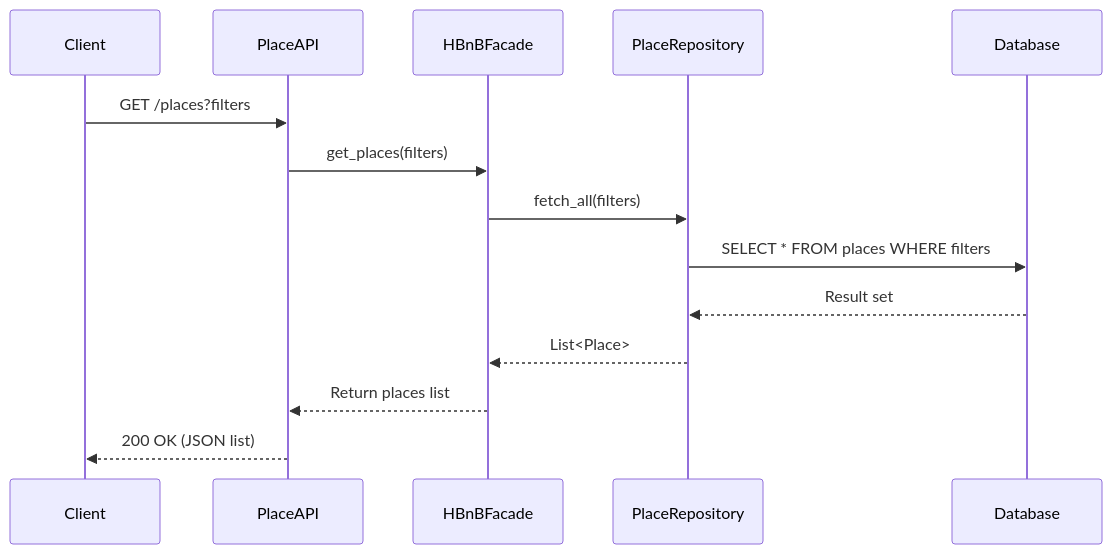
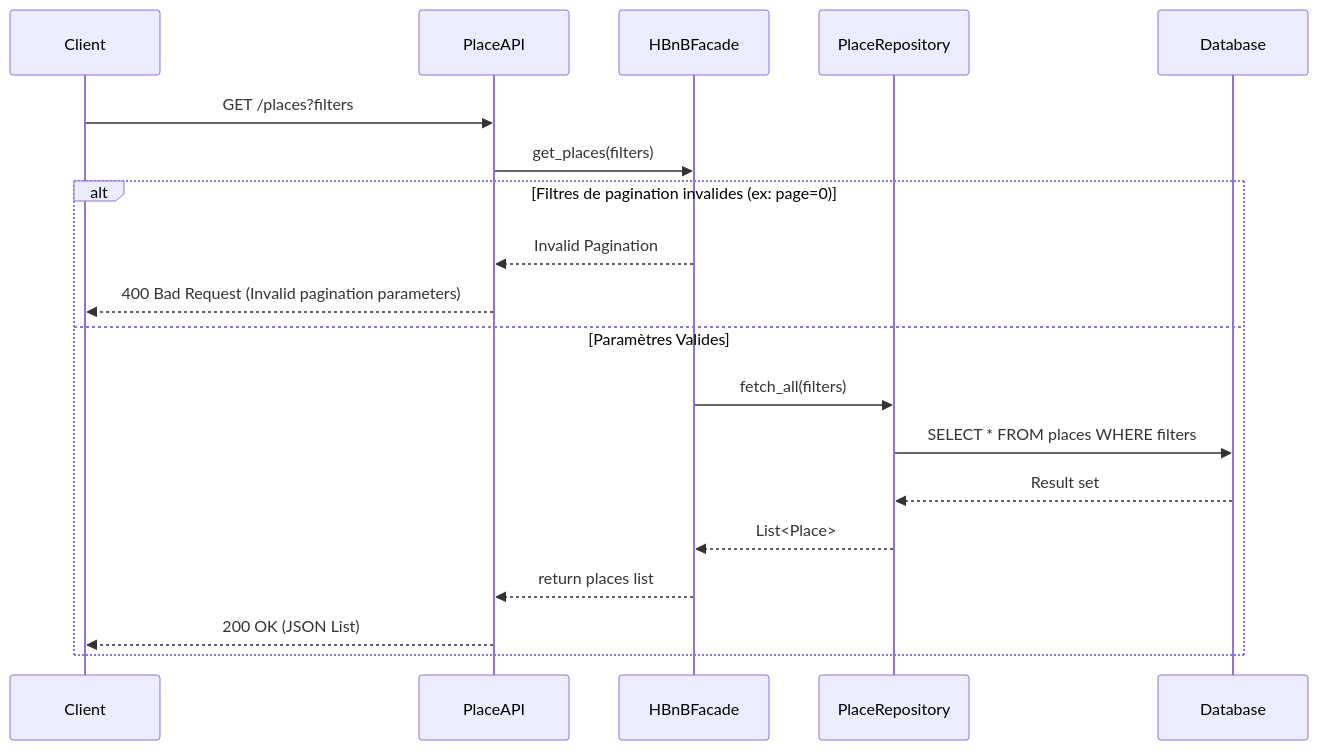
One commit to laetitiagrondin/holbertonschool-hbnb changed the fourth of 4 diagrams in part1/Sequence_Diagrams.md. Above: the diagram before and after it, drawn with Mermaid. The commit also changed other lines of this file, not shown here.

First line of the commit message:
Enhance sequence diagrams for user registration and place creation

````diff
--- a/part1/Sequence_Diagrams.md
+++ b/part1/Sequence_Diagrams.md
@@ -67,17 +94,23 @@
 ```mermaid
 sequenceDiagram
-    participant Client
-    participant PlaceAPI
-    participant HBnBFacade
-    participant PlaceRepository
-    participant Database
+    participant C as Client
+    participant A as PlaceAPI
+    participant F as HBnBFacade
+    participant R as PlaceRepository
+    participant DB as Database
 
-    Client->>PlaceAPI: GET /places?filters
-    PlaceAPI->>HBnBFacade: get_places(filters)
-    HBnBFacade->>PlaceRepository: fetch_all(filters)
-    PlaceRepository->>Database: SELECT * FROM places WHERE filters
-    Database-->>PlaceRepository: Result set
-    PlaceRepository-->>HBnBFacade: List<Place>
-    HBnBFacade-->>PlaceAPI: Return places list
-    PlaceAPI-->>Client: 200 OK (JSON list)
+    C->>A: GET /places?filters
+    A->>F: get_places(filters)
+    
+    alt Filtres de pagination invalides (ex: page=0)
+        F-->>A: Invalid Pagination
+        A-->>C: 400 Bad Request (Invalid pagination parameters)
+    else Paramètres Valides
+        F->>R: fetch_all(filters)
+        R->>DB: SELECT * FROM places WHERE filters
+        DB-->>R: Result set
+        R-->>F: List<Place>
+        F-->>A: return places list
+        A-->>C: 200 OK (JSON List)
+    end
 ```
````
